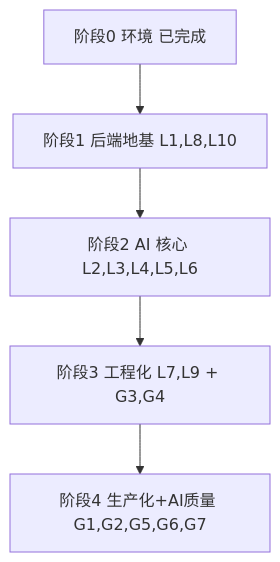
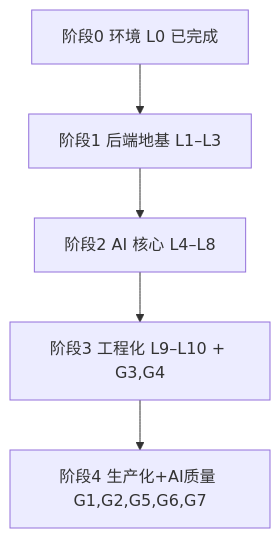
One commit to Jenniferwonder/ai-interview-platform changed the diagram in my-learning/LEARNING_PLAN.md. Above: the diagram before and after it, drawn with Mermaid. The commit also changed other lines of this file and 3 other files, not shown here.

````diff
--- a/my-learning/LEARNING_PLAN.md
+++ b/my-learning/LEARNING_PLAN.md
@@ -75,8 +96,8 @@
 ```mermaid
 flowchart TD
-    P0["阶段0 环境 已完成"] --> P1
-    P1["阶段1 后端地基 L1,L8,L10"] --> P2
-    P2["阶段2 AI 核心 L2,L3,L4,L5,L6"] --> P3
-    P3["阶段3 工程化 L7,L9 + G3,G4"] --> P4
+    P0["阶段0 环境 L0 已完成"] --> P1
+    P1["阶段1 后端地基 L1–L3"] --> P2
+    P2["阶段2 AI 核心 L4–L8"] --> P3
+    P3["阶段3 工程化 L9–L10 + G3,G4"] --> P4
     P4["阶段4 生产化+AI质量 G1,G2,G5,G6,G7"]
 ```
````
